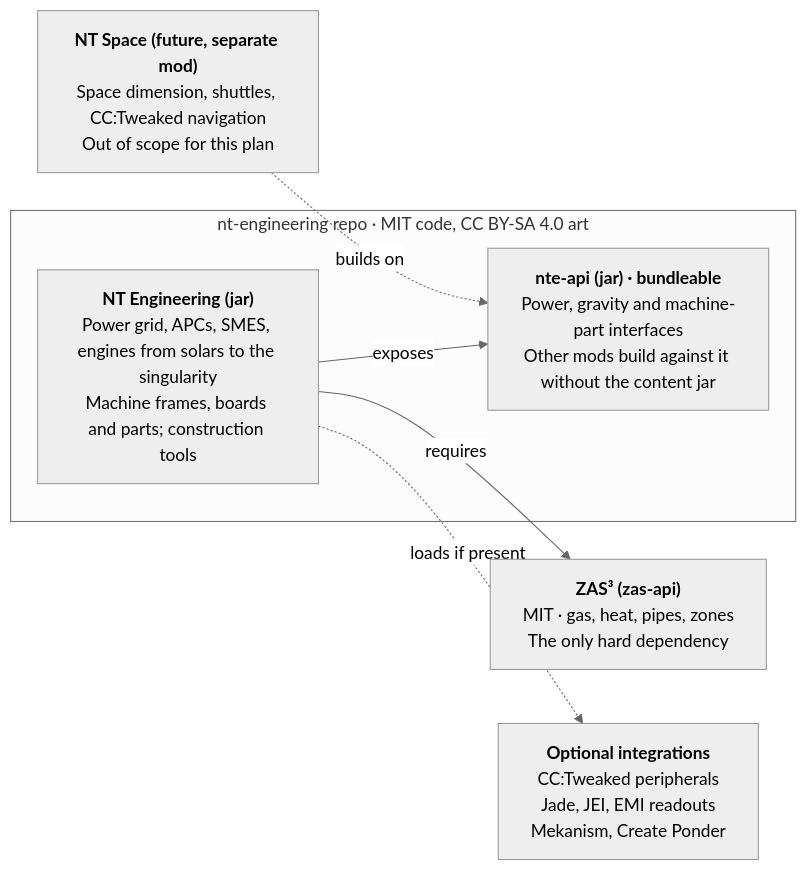
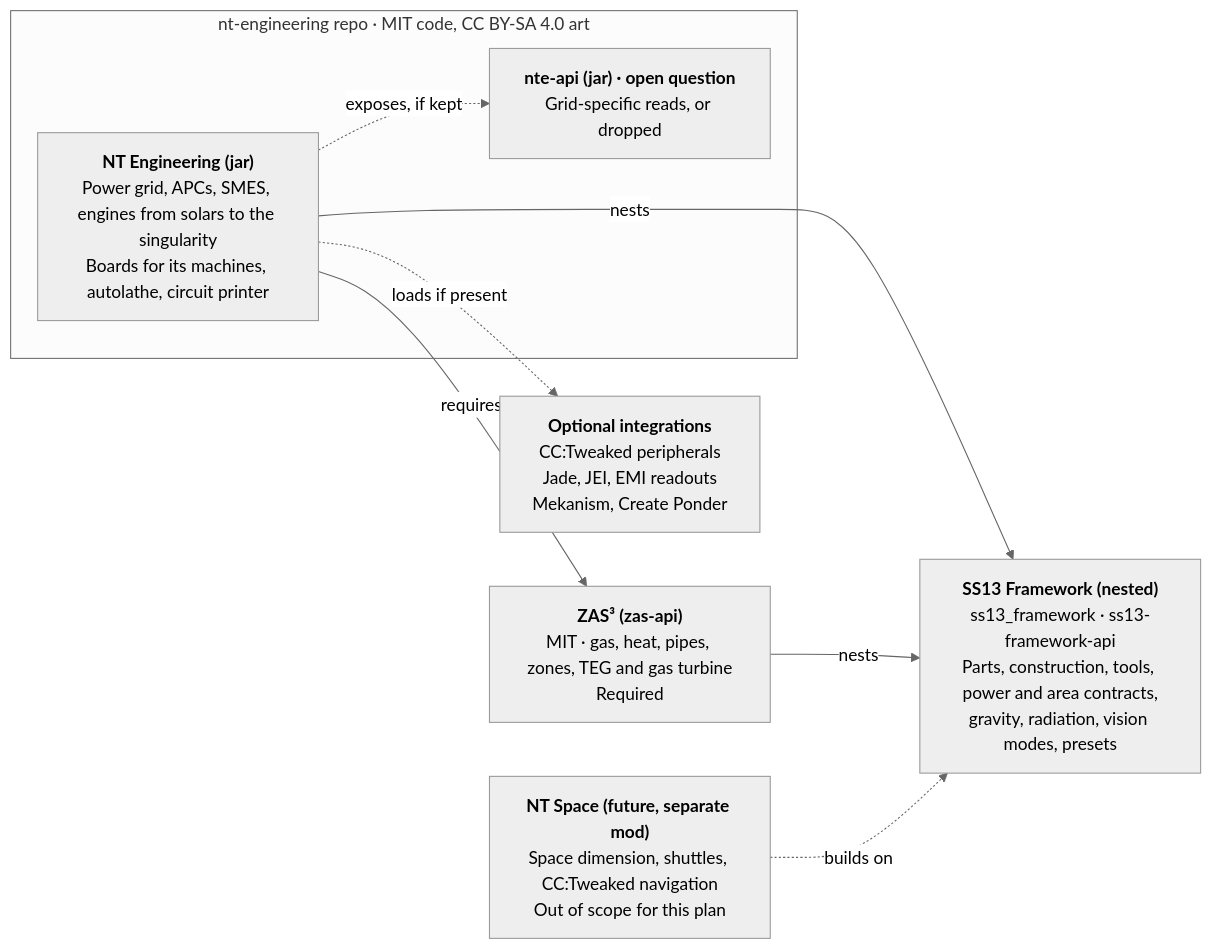
Before and after one commit to west3436/nt-engineering: the first of 2 diagrams in docs/design-proposal.md, drawn with Mermaid (neutral theme). The commit also changed other lines of this file and 1 other file, not shown here.

First line of the commit message:
Plan NT Engineering on SS13 Framework (#1)

````diff
--- a/docs/design-proposal.md
+++ b/docs/design-proposal.md
@@ -45,14 +48,17 @@
 ```mermaid
 flowchart LR
   subgraph repo["nt-engineering repo · MIT code, CC BY-SA 4.0 art"]
-    NTE["<b>NT Engineering (jar)</b><br/>Power grid, APCs, SMES, engines from solars to the singularity<br/>Machine frames, boards and parts; construction tools"]
-    API["<b>nte-api (jar) · bundleable</b><br/>Power, gravity and machine-part interfaces<br/>Other mods build against it without the content jar"]
+    NTE["<b>NT Engineering (jar)</b><br/>Power grid, APCs, SMES, engines from solars to the singularity<br/>Boards for its machines, autolathe, circuit printer"]
+    API["<b>nte-api (jar) · open question</b><br/>Grid-specific reads, or dropped"]
   end
-  ZAS["<b>ZAS³ (zas-api)</b><br/>MIT · gas, heat, pipes, zones<br/>The only hard dependency"]
+  FW["<b>SS13 Framework (nested)</b><br/>ss13_framework · ss13-framework-api<br/>Parts, construction, tools, power and area contracts,<br/>gravity, radiation, vision modes, presets"]
+  ZAS["<b>ZAS³ (zas-api)</b><br/>MIT · gas, heat, pipes, zones, TEG and gas turbine<br/>Required"]
   COMPAT["<b>Optional integrations</b><br/>CC:Tweaked peripherals<br/>Jade, JEI, EMI readouts<br/>Mekanism, Create Ponder"]
   SPACE["<b>NT Space (future, separate mod)</b><br/>Space dimension, shuttles, CC:Tweaked navigation<br/>Out of scope for this plan"]
-  NTE -->|exposes| API
+  NTE -.->|"exposes, if kept"| API
+  NTE -->|nests| FW
   NTE -->|requires| ZAS
+  ZAS -->|nests| FW
   NTE -.->|loads if present| COMPAT
-  SPACE -.->|builds on| API
+  SPACE -.->|builds on| FW
 ```
````
